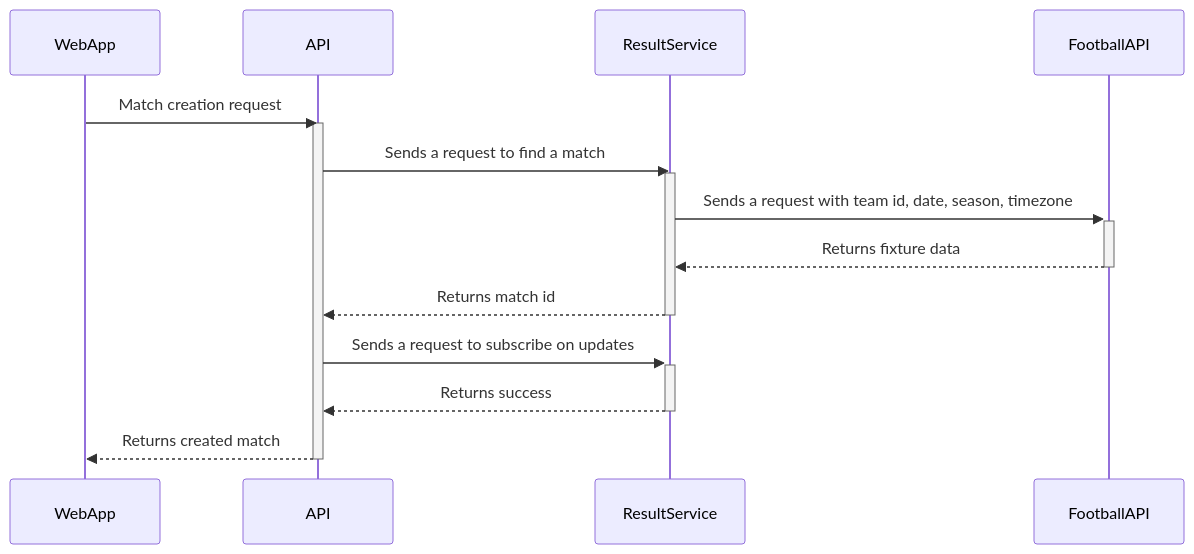
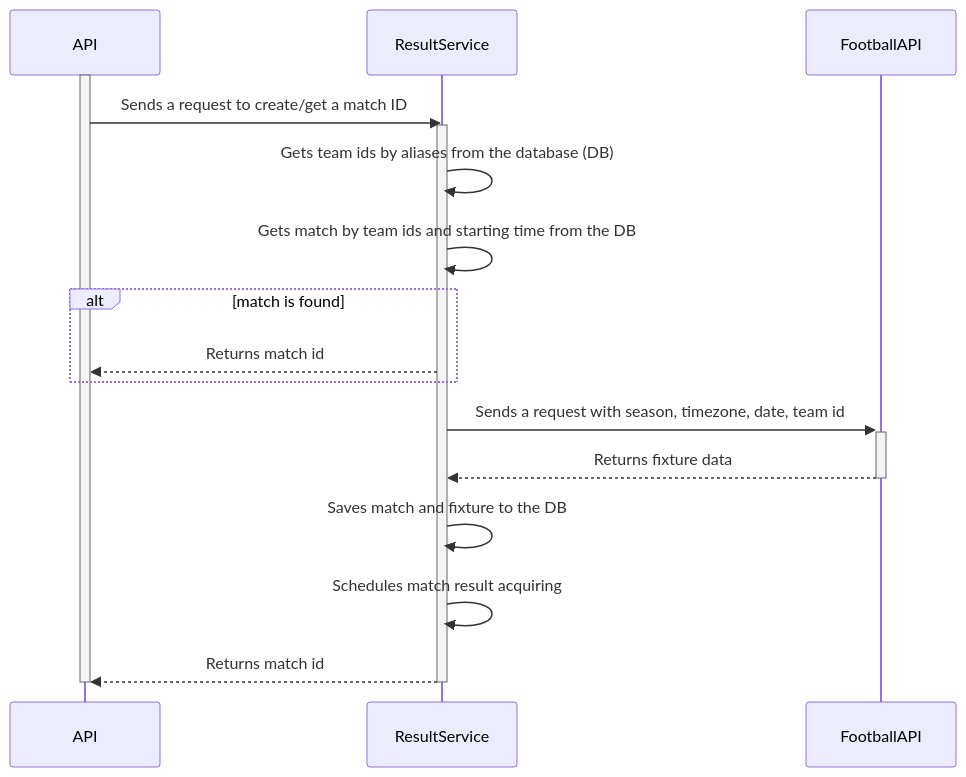
Before and after one commit to andrewshostak/prognoz-result-service: the second of 5 diagrams in README.md, drawn with Mermaid. The commit also changed other lines of this file, not shown here.

````diff
--- a/README.md
+++ b/README.md
@@ -90,19 +87,21 @@
 ```mermaid
 sequenceDiagram
-participant WebApp
 participant API
 participant ResultService
 participant FootballAPI
-WebApp->>API: Match creation request
 Activate API
-API->>ResultService: Sends a request to find a match
+API->>ResultService: Sends a request to create/get a match ID
 Activate ResultService
-ResultService->>+FootballAPI: Sends a request with team id, date, season, timezone
+ResultService->>ResultService: Gets team ids by aliases from the database (DB)
+ResultService->>ResultService: Gets match by team ids and starting time from the DB
+alt match is found
+    ResultService-->>API: Returns match id
+end
+ResultService->>+FootballAPI: Sends a request with season, timezone, date, team id
 FootballAPI-->>-ResultService: Returns fixture data
+ResultService->>ResultService: Saves match and fixture to the DB
+ResultService->>ResultService: Schedules match result acquiring
 ResultService-->>API: Returns match id
 Deactivate ResultService
-API->>+ResultService: Sends a request to subscribe on updates
-ResultService-->>-API: Returns success
-API-->>WebApp: Returns created match
 Deactivate API
 ```
````
